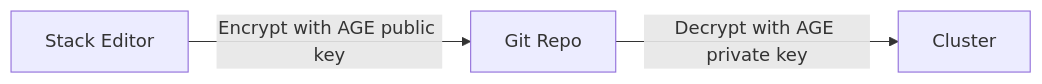
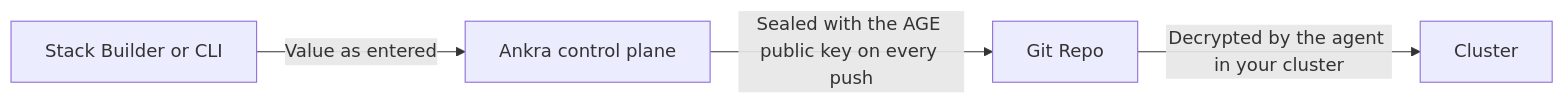
The diagram in guides/sops.mdx (ankraio/ankra-docs), drawn with Mermaid before and after one commit. The commit also changed other lines of this file and 7 other files, not shown here.

First line of the commit message:
docs(sops): say where values are sealed, who holds the key, and what rotation really is (ankra-5uibv.27.1) (#400)

````diff
--- a/guides/sops.mdx
+++ b/guides/sops.mdx
@@ -18,5 +18,6 @@
 ```mermaid
 flowchart LR
-    Editor[Stack Editor] -->|Encrypt with AGE public key| Git[Git Repo]
-    Git -->|Decrypt with AGE private key| Cluster[Cluster]
+    Editor[Stack Builder or CLI] -->|Value as entered| Ankra[Ankra control plane]
+    Ankra -->|Sealed with the AGE public key on every push| Git[Git Repo]
+    Git -->|Decrypted by the agent in your cluster| Cluster[Cluster]
 ```
````
